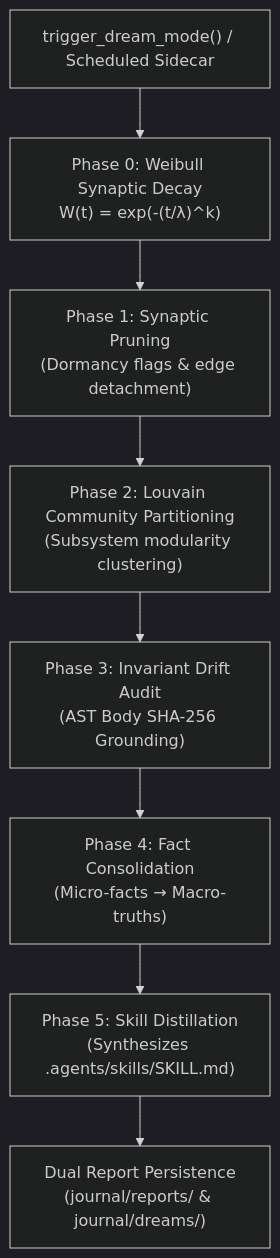
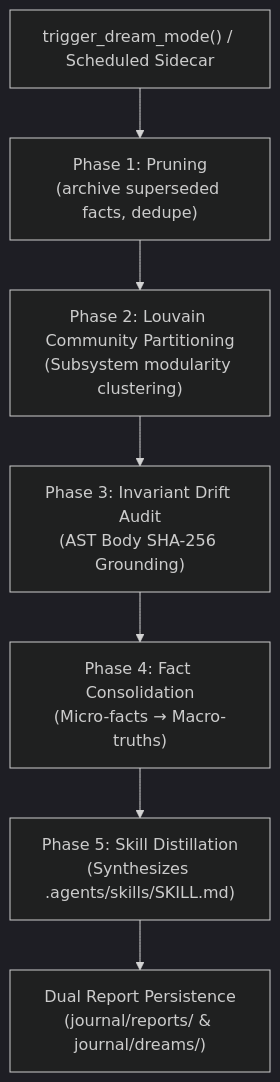
The diagram in docs/DREAM_MODE.md (Unmade760/kortext), drawn with Mermaid (dark theme) before and after one commit. The commit also changed other lines of this file and 51 other files, not shown here.

````diff
--- a/docs/DREAM_MODE.md
+++ b/docs/DREAM_MODE.md
@@ -15,10 +15,9 @@
 ```mermaid
 flowchart TD
-    Trigger["trigger_dream_mode() / Scheduled Sidecar"] --> Phase0["Phase 0: Weibull Synaptic Decay\nW(t) = exp(-(t/λ)^k)"]
-    Phase0 --> Phase1["Phase 1: Synaptic Pruning\n(Dormancy flags & edge detachment)"]
+    Trigger["trigger_dream_mode() / Scheduled Sidecar"] --> Phase1["Phase 1: Pruning\n(archive superseded facts, dedupe)"]
     Phase1 --> Phase2["Phase 2: Louvain Community Partitioning\n(Subsystem modularity clustering)"]
     Phase2 --> Phase3["Phase 3: Invariant Drift Audit\n(AST Body SHA-256 Grounding)"]
     Phase3 --> Phase4["Phase 4: Fact Consolidation\n(Micro-facts → Macro-truths)"]
     Phase4 --> Phase5["Phase 5: Skill Distillation\n(Synthesizes .agents/skills/SKILL.md)"]
     Phase5 --> Report["Dual Report Persistence\n(journal/reports/ & journal/dreams/)"]
 ```
````
